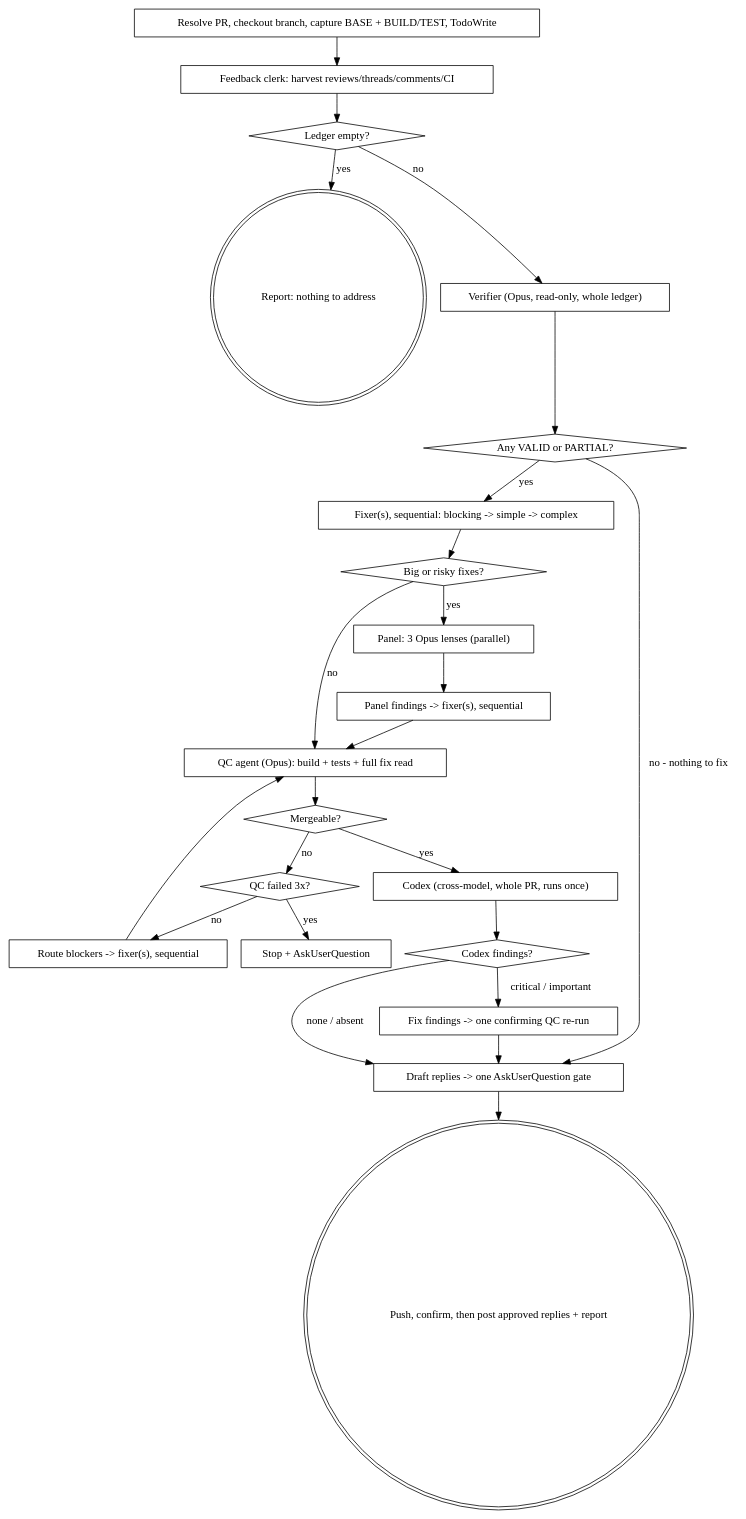
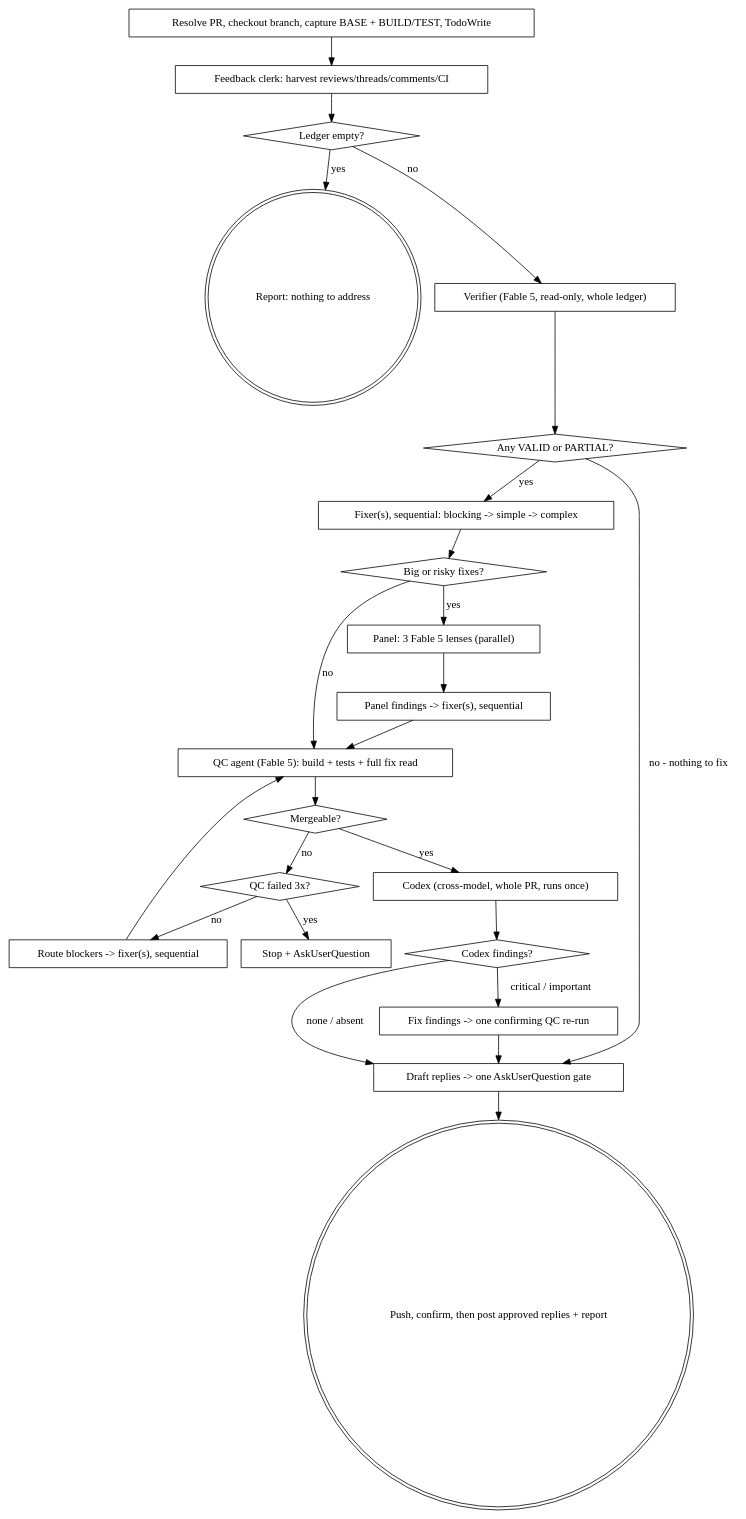
The diagram in skills/coda/SKILL.md (PythonShe/Repertoire), drawn with Graphviz before and after one commit. The commit also changed other lines of this file and 38 other files, not shown here.

````diff
--- a/skills/coda/SKILL.md
+++ b/skills/coda/SKILL.md
@@ -82,47 +82,47 @@
 ```dot
 digraph coda {
     rankdir=TB;
     "Resolve PR, checkout branch, capture BASE + BUILD/TEST, TodoWrite" [shape=box];
     "Feedback clerk: harvest reviews/threads/comments/CI" [shape=box];
     "Ledger empty?" [shape=diamond];
     "Report: nothing to address" [shape=doublecircle];
-    "Verifier (Opus, read-only, whole ledger)" [shape=box];
+    "Verifier (Fable 5, read-only, whole ledger)" [shape=box];
     "Any VALID or PARTIAL?" [shape=diamond];
     "Fixer(s), sequential: blocking -> simple -> complex" [shape=box];
     "Big or risky fixes?" [shape=diamond];
-    "Panel: 3 Opus lenses (parallel)" [shape=box];
+    "Panel: 3 Fable 5 lenses (parallel)" [shape=box];
     "Panel findings -> fixer(s), sequential" [shape=box];
-    "QC agent (Opus): build + tests + full fix read" [shape=box];
+    "QC agent (Fable 5): build + tests + full fix read" [shape=box];
     "Mergeable?" [shape=diamond];
     "QC failed 3x?" [shape=diamond];
     "Route blockers -> fixer(s), sequential" [shape=box];
     "Codex (cross-model, whole PR, runs once)" [shape=box];
     "Codex findings?" [shape=diamond];
     "Fix findings -> one confirming QC re-run" [shape=box];
     "Draft replies -> one AskUserQuestion gate" [shape=box];
     "Push, confirm, then post approved replies + report" [shape=doublecircle];
     "Stop + AskUserQuestion" [shape=box];
 
     "Resolve PR, checkout branch, capture BASE + BUILD/TEST, TodoWrite" -> "Feedback clerk: harvest reviews/threads/comments/CI" -> "Ledger empty?";
     "Ledger empty?" -> "Report: nothing to address" [label="yes"];
-    "Ledger empty?" -> "Verifier (Opus, read-only, whole ledger)" [label="no"];
-    "Verifier (Opus, read-only, whole ledger)" -> "Any VALID or PARTIAL?";
+    "Ledger empty?" -> "Verifier (Fable 5, read-only, whole ledger)" [label="no"];
+    "Verifier (Fable 5, read-only, whole ledger)" -> "Any VALID or PARTIAL?";
     "Any VALID or PARTIAL?" -> "Draft replies -> one AskUserQuestion gate" [label="no - nothing to fix"];
     "Any VALID or PARTIAL?" -> "Fixer(s), sequential: blocking -> simple -> complex" [label="yes"];
     "Fixer(s), sequential: blocking -> simple -> complex" -> "Big or risky fixes?";
-    "Big or risky fixes?" -> "Panel: 3 Opus lenses (parallel)" [label="yes"];
-    "Big or risky fixes?" -> "QC agent (Opus): build + tests + full fix read" [label="no"];
-    "Panel: 3 Opus lenses (parallel)" -> "Panel findings -> fixer(s), sequential" -> "QC agent (Opus): build + tests + full fix read";
-    "QC agent (Opus): build + tests + full fix read" -> "Mergeable?";
+    "Big or risky fixes?" -> "Panel: 3 Fable 5 lenses (parallel)" [label="yes"];
+    "Big or risky fixes?" -> "QC agent (Fable 5): build + tests + full fix read" [label="no"];
+    "Panel: 3 Fable 5 lenses (parallel)" -> "Panel findings -> fixer(s), sequential" -> "QC agent (Fable 5): build + tests + full fix read";
+    "QC agent (Fable 5): build + tests + full fix read" -> "Mergeable?";
     "Mergeable?" -> "Codex (cross-model, whole PR, runs once)" [label="yes"];
     "Mergeable?" -> "QC failed 3x?" [label="no"];
     "QC failed 3x?" -> "Stop + AskUserQuestion" [label="yes"];
     "QC failed 3x?" -> "Route blockers -> fixer(s), sequential" [label="no"];
-    "Route blockers -> fixer(s), sequential" -> "QC agent (Opus): build + tests + full fix read";
+    "Route blockers -> fixer(s), sequential" -> "QC agent (Fable 5): build + tests + full fix read";
     "Codex (cross-model, whole PR, runs once)" -> "Codex findings?";
     "Codex findings?" -> "Draft replies -> one AskUserQuestion gate" [label="none / absent"];
     "Codex findings?" -> "Fix findings -> one confirming QC re-run" [label="critical / important"];
     "Fix findings -> one confirming QC re-run" -> "Draft replies -> one AskUserQuestion gate";
     "Draft replies -> one AskUserQuestion gate" -> "Push, confirm, then post approved replies + report";
 }
 ```
````
